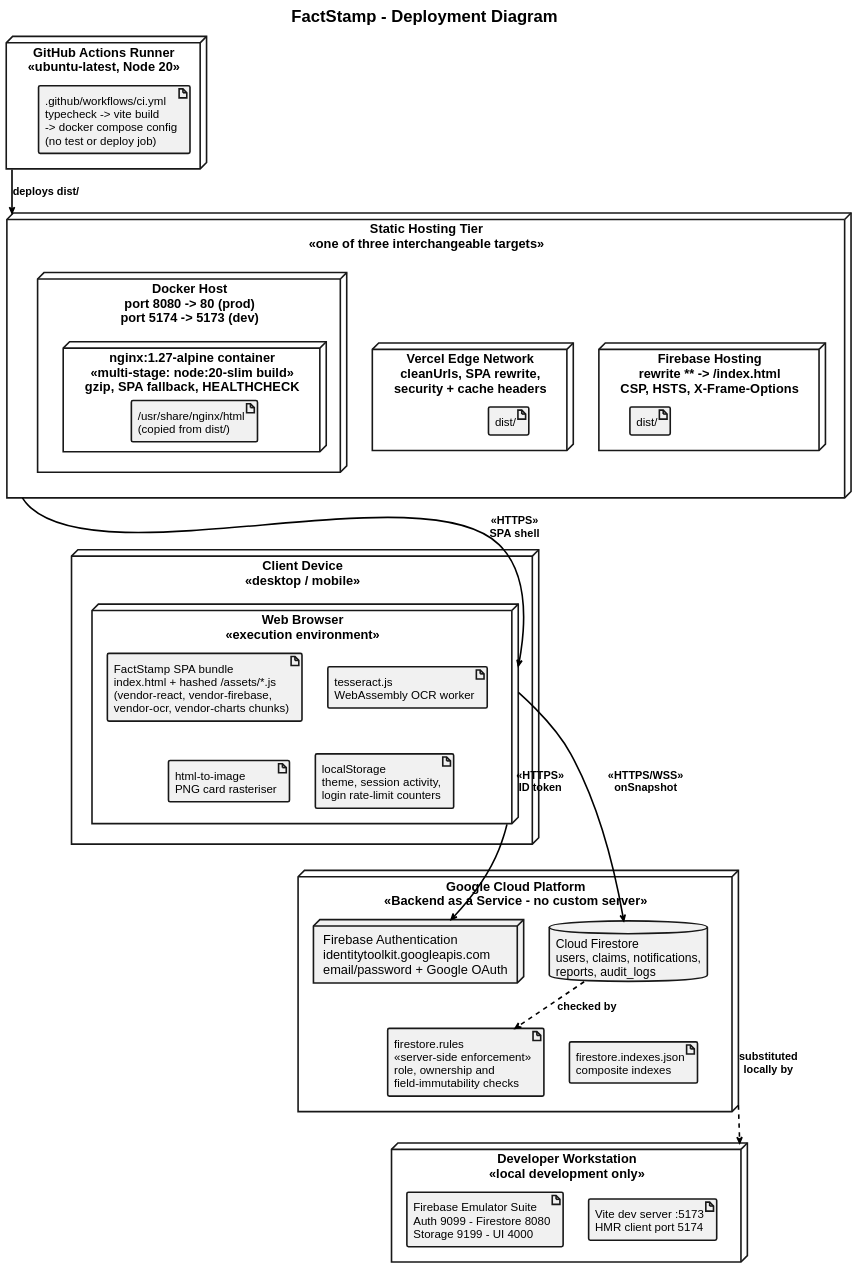
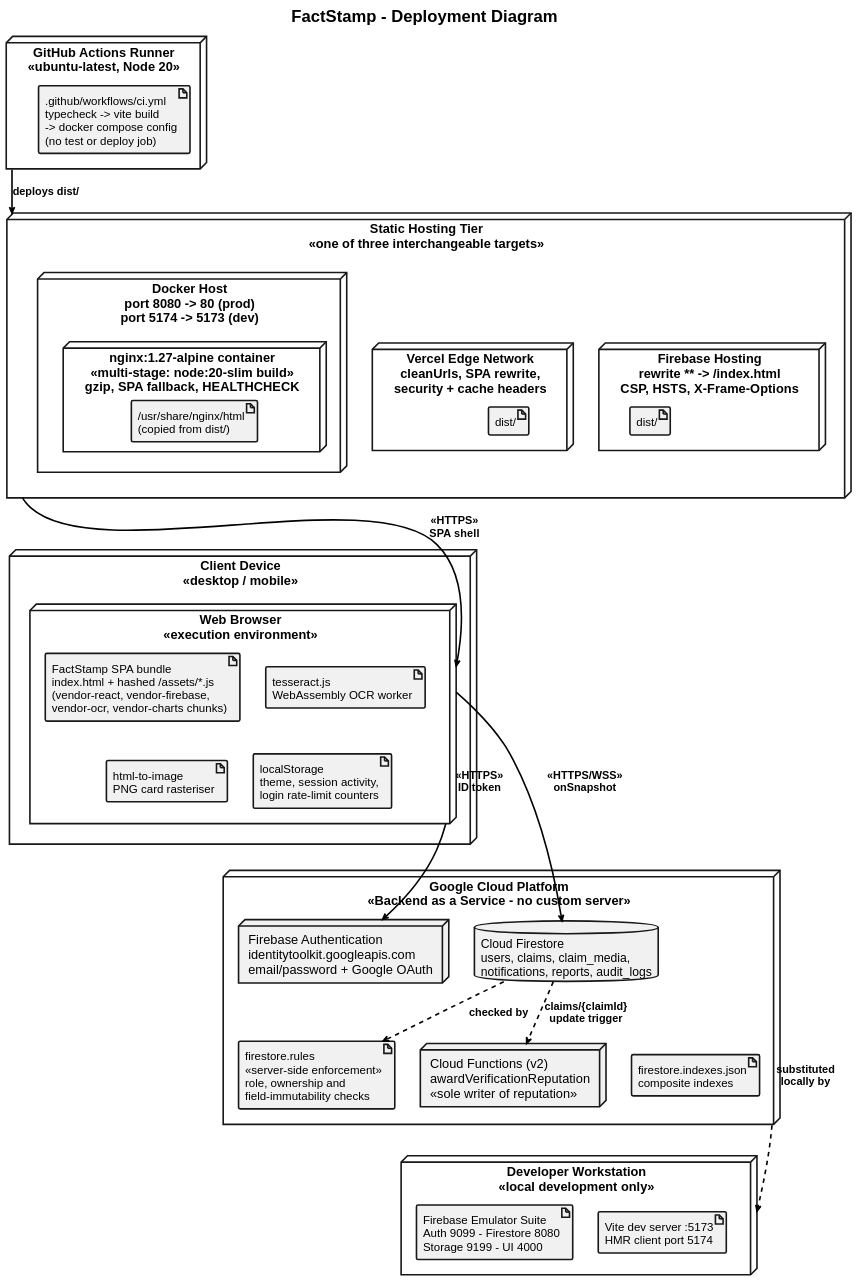
Before and after one commit to aadish0day/typst: the diagram in FactStamp/black_book_draft/03_Requirements_and_Analysis/attachments/deployment_diagram.puml, drawn with PlantUML. The commit also changed 52 other files, not shown here.

First line of the commit message:
docs(FactStamp): trim black book chapters and rebuild diagrams from code

```diff
--- a/FactStamp/black_book_draft/03_Requirements_and_Analysis/attachments/deployment_diagram.puml
+++ b/FactStamp/black_book_draft/03_Requirements_and_Analysis/attachments/deployment_diagram.puml
@@ -1,106 +1,108 @@
 @startuml
 skinparam style strictuml
 skinparam monochrome true
 skinparam defaultFontName "Liberation Sans"
 skinparam defaultFontSize 20
 skinparam defaultFontStyle bold
 skinparam titleFontSize 26
 skinparam titleFontStyle bold
 
 skinparam backgroundColor white
 skinparam ArrowColor black
 skinparam ArrowThickness 2.5
 skinparam ArrowFontSize 17
 skinparam ArrowFontStyle bold
 
 skinparam RectangleBorderColor black
 skinparam RectangleBorderThickness 2.5
 skinparam RectangleBackgroundColor transparent
 skinparam RectangleFontSize 20
 skinparam RectangleFontStyle bold
 
 skinparam ComponentBorderColor black
 skinparam ComponentBorderThickness 2.5
 skinparam ComponentBackgroundColor #F8F9FA
 skinparam ComponentFontSize 20
 skinparam ComponentFontStyle bold
 
 title FactStamp - Deployment Diagram
 
 skinparam NodeBorderThickness 2.5
 skinparam NodeFontSize 20
 skinparam ArtifactBorderThickness 2.5
 skinparam ArtifactFontSize 18
 skinparam DatabaseBorderThickness 2.5
 skinparam DatabaseFontSize 19
 skinparam Ranksep 50
 skinparam Nodesep 40
 
 node "Client Device\n<<desktop / mobile>>" as CLIENT {
   node "Web Browser\n<<execution environment>>" as BROWSER {
     artifact "FactStamp SPA bundle\nindex.html + hashed /assets/*.js\n(vendor-react, vendor-firebase,\nvendor-ocr, vendor-charts chunks)" as A_SPA
     artifact "tesseract.js\nWebAssembly OCR worker" as A_OCR
     artifact "html-to-image\nPNG card rasteriser" as A_CARD
     artifact "localStorage\ntheme, session activity,\nlogin rate-limit counters" as A_LS
 
     A_SPA -[hidden]right- A_OCR
     A_CARD -[hidden]right- A_LS
     A_SPA -[hidden]down- A_CARD
   }
 }
 
 node "GitHub Actions Runner\n<<ubuntu-latest, Node 20>>" as CI {
   artifact ".github/workflows/ci.yml\ntypecheck -> vite build\n-> docker compose config\n(no test or deploy job)" as A_CI
 }
 
 node "Static Hosting Tier\n<<one of three interchangeable targets>>" as HOST {
 
   node "Firebase Hosting\nrewrite ** -> /index.html\nCSP, HSTS, X-Frame-Options" as H_FB {
     artifact "dist/" as A_D1
   }
 
   node "Vercel Edge Network\ncleanUrls, SPA rewrite,\nsecurity + cache headers" as H_VC {
     artifact "dist/" as A_D2
   }
 
   node "Docker Host\nport 8080 -> 80 (prod)\nport 5174 -> 5173 (dev)" as H_DK {
     node "nginx:1.27-alpine container\n<<multi-stage: node:20-slim build>>\ngzip, SPA fallback, HEALTHCHECK" as H_NGX {
       artifact "/usr/share/nginx/html\n(copied from dist/)" as A_D3
     }
   }
 
   H_FB -[hidden]right- H_VC
   H_VC -[hidden]right- H_DK
 }
 
 node "Google Cloud Platform\n<<Backend as a Service - no custom server>>" as GCP {
   node "Firebase Authentication\nidentitytoolkit.googleapis.com\nemail/password + Google OAuth" as GAUTH
-  database "Cloud Firestore\nusers, claims, notifications,\nreports, audit_logs" as GDB
+  database "Cloud Firestore\nusers, claims, claim_media,\nnotifications, reports, audit_logs" as GDB
   artifact "firestore.rules\n<<server-side enforcement>>\nrole, ownership and\nfield-immutability checks" as A_RULES
   artifact "firestore.indexes.json\ncomposite indexes" as A_IDX
+  node "Cloud Functions (v2)\nawardVerificationReputation\n<<sole writer of reputation>>" as GFN
 
   GAUTH -[hidden]right- GDB
   A_RULES -[hidden]right- A_IDX
   GAUTH -[hidden]down- A_RULES
 }
 
 node "Developer Workstation\n<<local development only>>" as DEV {
   artifact "Firebase Emulator Suite\nAuth 9099 - Firestore 8080\nStorage 9199 - UI 4000" as A_EMU
   artifact "Vite dev server :5173\nHMR client port 5174" as A_VITE
 
   A_EMU -[hidden]right- A_VITE
 }
 
 CI --> HOST : deploys dist/
 HOST --> BROWSER : <<HTTPS>>\nSPA shell
 BROWSER --> GAUTH : <<HTTPS>>\nID token
 BROWSER --> GDB : <<HTTPS/WSS>>\nonSnapshot
 GDB ..> A_RULES : checked by
+GDB ..> GFN : claims/{claimId}\nupdate trigger
 GCP ..> DEV : substituted\nlocally by
 
 ' ---- hidden spine: keeps the four tiers vertically aligned ----
 A_D1 -[hidden]down- A_SPA
 A_CARD -[hidden]down- GAUTH
 A_RULES -[hidden]down- A_EMU
 
 @enduml
```
